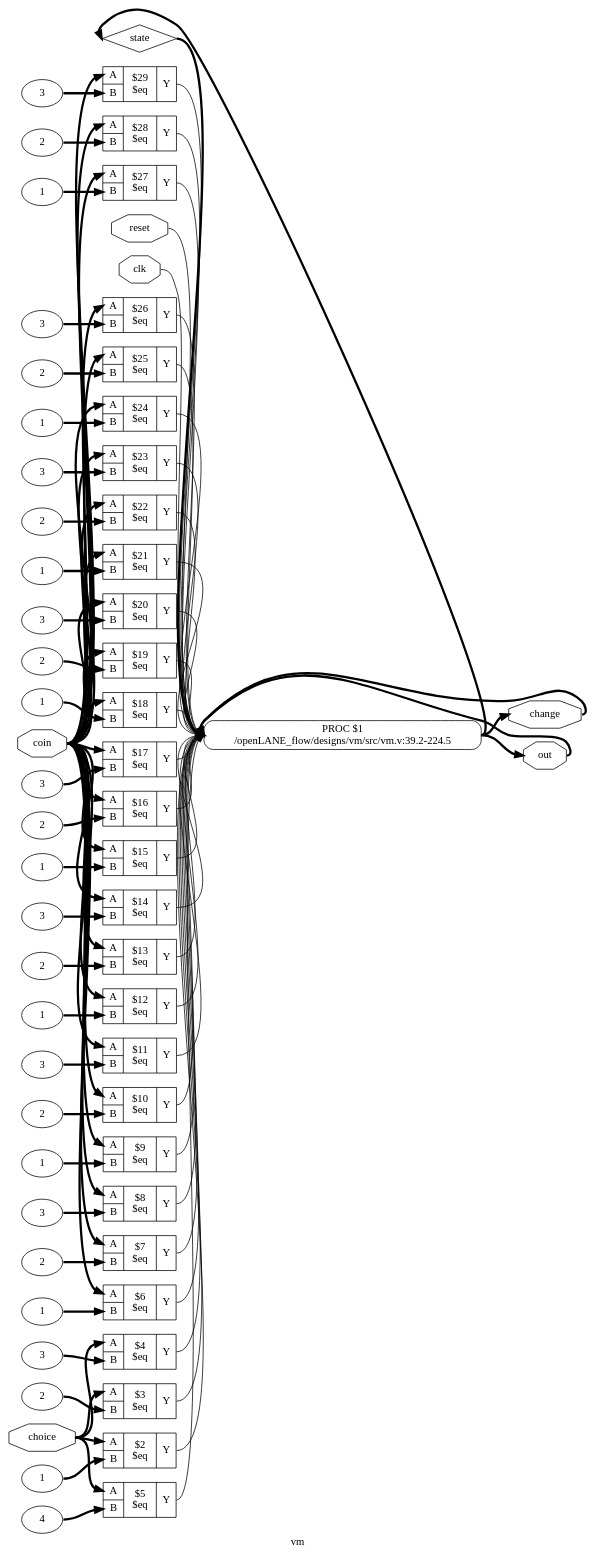
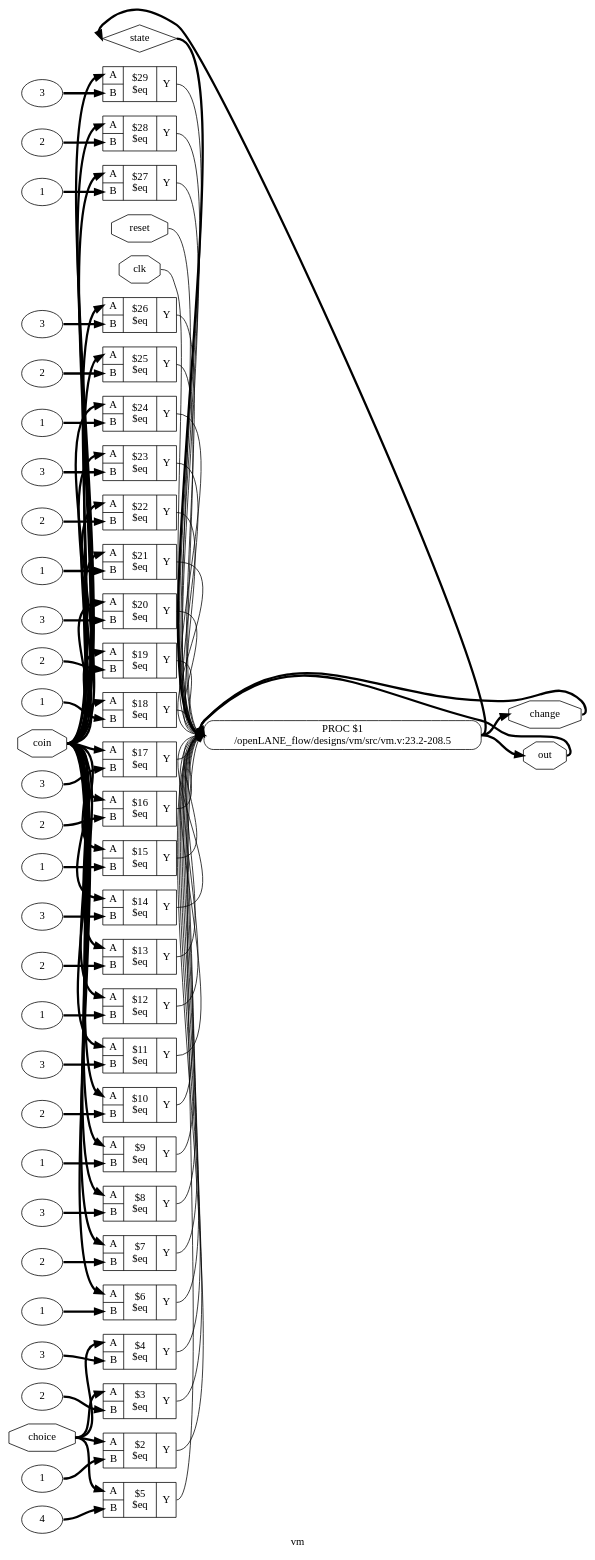
One commit to Harshitha172000/Vending_Machine changed the diagram in tmp/synthesis/hierarchy.dot. Above: the diagram before and after it, drawn with Graphviz. The commit also changed 91 other files, not shown here.

```diff
--- a/tmp/synthesis/hierarchy.dot
+++ b/tmp/synthesis/hierarchy.dot
@@ -1,161 +1,161 @@
 digraph "vm" {
 label="vm";
 rankdir="LR";
 remincross=true;
 n32 [ shape=diamond, label="state", color="black", fontcolor="black" ];
 n33 [ shape=octagon, label="choice", color="black", fontcolor="black" ];
 n34 [ shape=octagon, label="change", color="black", fontcolor="black" ];
 n35 [ shape=octagon, label="out", color="black", fontcolor="black" ];
 n36 [ shape=octagon, label="coin", color="black", fontcolor="black" ];
 n37 [ shape=octagon, label="reset", color="black", fontcolor="black" ];
 n38 [ shape=octagon, label="clk", color="black", fontcolor="black" ];
 v0 [ label="3" ];
 c42 [ shape=record, label="{{<p39> A|<p40> B}|$29\n$eq|{<p41> Y}}" ];
 v1 [ label="2" ];
 c43 [ shape=record, label="{{<p39> A|<p40> B}|$28\n$eq|{<p41> Y}}" ];
 v2 [ label="1" ];
 c44 [ shape=record, label="{{<p39> A|<p40> B}|$27\n$eq|{<p41> Y}}" ];
 v3 [ label="3" ];
 c45 [ shape=record, label="{{<p39> A|<p40> B}|$26\n$eq|{<p41> Y}}" ];
 v4 [ label="2" ];
 c46 [ shape=record, label="{{<p39> A|<p40> B}|$25\n$eq|{<p41> Y}}" ];
 v5 [ label="1" ];
 c47 [ shape=record, label="{{<p39> A|<p40> B}|$24\n$eq|{<p41> Y}}" ];
 v6 [ label="3" ];
 c48 [ shape=record, label="{{<p39> A|<p40> B}|$23\n$eq|{<p41> Y}}" ];
 v7 [ label="2" ];
 c49 [ shape=record, label="{{<p39> A|<p40> B}|$22\n$eq|{<p41> Y}}" ];
 v8 [ label="1" ];
 c50 [ shape=record, label="{{<p39> A|<p40> B}|$21\n$eq|{<p41> Y}}" ];
 v9 [ label="3" ];
 c51 [ shape=record, label="{{<p39> A|<p40> B}|$20\n$eq|{<p41> Y}}" ];
 v10 [ label="2" ];
 c52 [ shape=record, label="{{<p39> A|<p40> B}|$19\n$eq|{<p41> Y}}" ];
 v11 [ label="1" ];
 c53 [ shape=record, label="{{<p39> A|<p40> B}|$18\n$eq|{<p41> Y}}" ];
 v12 [ label="3" ];
 c54 [ shape=record, label="{{<p39> A|<p40> B}|$17\n$eq|{<p41> Y}}" ];
 v13 [ label="2" ];
 c55 [ shape=record, label="{{<p39> A|<p40> B}|$16\n$eq|{<p41> Y}}" ];
 v14 [ label="1" ];
 c56 [ shape=record, label="{{<p39> A|<p40> B}|$15\n$eq|{<p41> Y}}" ];
 v15 [ label="3" ];
 c57 [ shape=record, label="{{<p39> A|<p40> B}|$14\n$eq|{<p41> Y}}" ];
 v16 [ label="2" ];
 c58 [ shape=record, label="{{<p39> A|<p40> B}|$13\n$eq|{<p41> Y}}" ];
 v17 [ label="1" ];
 c59 [ shape=record, label="{{<p39> A|<p40> B}|$12\n$eq|{<p41> Y}}" ];
 v18 [ label="3" ];
 c60 [ shape=record, label="{{<p39> A|<p40> B}|$11\n$eq|{<p41> Y}}" ];
 v19 [ label="2" ];
 c61 [ shape=record, label="{{<p39> A|<p40> B}|$10\n$eq|{<p41> Y}}" ];
 v20 [ label="1" ];
 c62 [ shape=record, label="{{<p39> A|<p40> B}|$9\n$eq|{<p41> Y}}" ];
 v21 [ label="3" ];
 c63 [ shape=record, label="{{<p39> A|<p40> B}|$8\n$eq|{<p41> Y}}" ];
 v22 [ label="2" ];
 c64 [ shape=record, label="{{<p39> A|<p40> B}|$7\n$eq|{<p41> Y}}" ];
 v23 [ label="1" ];
 c65 [ shape=record, label="{{<p39> A|<p40> B}|$6\n$eq|{<p41> Y}}" ];
 v24 [ label="4" ];
 c66 [ shape=record, label="{{<p39> A|<p40> B}|$5\n$eq|{<p41> Y}}" ];
 v25 [ label="3" ];
 c67 [ shape=record, label="{{<p39> A|<p40> B}|$4\n$eq|{<p41> Y}}" ];
 v26 [ label="2" ];
 c68 [ shape=record, label="{{<p39> A|<p40> B}|$3\n$eq|{<p41> Y}}" ];
 v27 [ label="1" ];
 c69 [ shape=record, label="{{<p39> A|<p40> B}|$2\n$eq|{<p41> Y}}" ];
-p28 [shape=box, style=rounded, label="PROC $1\n/openLANE_flow/designs/vm/src/vm.v:39.2-224.5"];
+p28 [shape=box, style=rounded, label="PROC $1\n/openLANE_flow/designs/vm/src/vm.v:23.2-208.5"];
 c42:p41:e -> p28:w [color="black", label=""];
 c51:p41:e -> p28:w [color="black", label=""];
 c52:p41:e -> p28:w [color="black", label=""];
 c53:p41:e -> p28:w [color="black", label=""];
 c54:p41:e -> p28:w [color="black", label=""];
 c55:p41:e -> p28:w [color="black", label=""];
 c56:p41:e -> p28:w [color="black", label=""];
 c57:p41:e -> p28:w [color="black", label=""];
 c58:p41:e -> p28:w [color="black", label=""];
 c59:p41:e -> p28:w [color="black", label=""];
 c60:p41:e -> p28:w [color="black", label=""];
 c43:p41:e -> p28:w [color="black", label=""];
 c61:p41:e -> p28:w [color="black", label=""];
 c62:p41:e -> p28:w [color="black", label=""];
 c63:p41:e -> p28:w [color="black", label=""];
 c64:p41:e -> p28:w [color="black", label=""];
 c65:p41:e -> p28:w [color="black", label=""];
 c66:p41:e -> p28:w [color="black", label=""];
 c67:p41:e -> p28:w [color="black", label=""];
 c68:p41:e -> p28:w [color="black", label=""];
 c69:p41:e -> p28:w [color="black", label=""];
 c44:p41:e -> p28:w [color="black", label=""];
 p28:e -> n32:w [color="black", style="setlinewidth(3)", label=""];
 n32:e -> p28:w [color="black", style="setlinewidth(3)", label=""];
 n33:e -> c66:p39:w [color="black", style="setlinewidth(3)", label=""];
 n33:e -> c67:p39:w [color="black", style="setlinewidth(3)", label=""];
 n33:e -> c68:p39:w [color="black", style="setlinewidth(3)", label=""];
 n33:e -> c69:p39:w [color="black", style="setlinewidth(3)", label=""];
 p28:e -> n34:w [color="black", style="setlinewidth(3)", label=""];
 n34:e -> p28:w [color="black", style="setlinewidth(3)", label=""];
 p28:e -> n35:w [color="black", style="setlinewidth(3)", label=""];
 n35:e -> p28:w [color="black", style="setlinewidth(3)", label=""];
 n36:e -> c42:p39:w [color="black", style="setlinewidth(3)", label=""];
 n36:e -> c43:p39:w [color="black", style="setlinewidth(3)", label=""];
 n36:e -> c44:p39:w [color="black", style="setlinewidth(3)", label=""];
 n36:e -> c45:p39:w [color="black", style="setlinewidth(3)", label=""];
 n36:e -> c46:p39:w [color="black", style="setlinewidth(3)", label=""];
 n36:e -> c47:p39:w [color="black", style="setlinewidth(3)", label=""];
 n36:e -> c48:p39:w [color="black", style="setlinewidth(3)", label=""];
 n36:e -> c49:p39:w [color="black", style="setlinewidth(3)", label=""];
 n36:e -> c50:p39:w [color="black", style="setlinewidth(3)", label=""];
 n36:e -> c51:p39:w [color="black", style="setlinewidth(3)", label=""];
 n36:e -> c52:p39:w [color="black", style="setlinewidth(3)", label=""];
 n36:e -> c53:p39:w [color="black", style="setlinewidth(3)", label=""];
 n36:e -> c54:p39:w [color="black", style="setlinewidth(3)", label=""];
 n36:e -> c55:p39:w [color="black", style="setlinewidth(3)", label=""];
 n36:e -> c56:p39:w [color="black", style="setlinewidth(3)", label=""];
 n36:e -> c57:p39:w [color="black", style="setlinewidth(3)", label=""];
 n36:e -> c58:p39:w [color="black", style="setlinewidth(3)", label=""];
 n36:e -> c59:p39:w [color="black", style="setlinewidth(3)", label=""];
 n36:e -> c60:p39:w [color="black", style="setlinewidth(3)", label=""];
 n36:e -> c61:p39:w [color="black", style="setlinewidth(3)", label=""];
 n36:e -> c62:p39:w [color="black", style="setlinewidth(3)", label=""];
 n36:e -> c63:p39:w [color="black", style="setlinewidth(3)", label=""];
 n36:e -> c64:p39:w [color="black", style="setlinewidth(3)", label=""];
 n36:e -> c65:p39:w [color="black", style="setlinewidth(3)", label=""];
 n37:e -> p28:w [color="black", label=""];
 n38:e -> p28:w [color="black", label=""];
 c45:p41:e -> p28:w [color="black", label=""];
 c46:p41:e -> p28:w [color="black", label=""];
 c47:p41:e -> p28:w [color="black", label=""];
 c48:p41:e -> p28:w [color="black", label=""];
 c49:p41:e -> p28:w [color="black", label=""];
 c50:p41:e -> p28:w [color="black", label=""];
 v0:e -> c42:p40:w [color="black", style="setlinewidth(3)", label=""];
 v1:e -> c43:p40:w [color="black", style="setlinewidth(3)", label=""];
 v10:e -> c52:p40:w [color="black", style="setlinewidth(3)", label=""];
 v11:e -> c53:p40:w [color="black", style="setlinewidth(3)", label=""];
 v12:e -> c54:p40:w [color="black", style="setlinewidth(3)", label=""];
 v13:e -> c55:p40:w [color="black", style="setlinewidth(3)", label=""];
 v14:e -> c56:p40:w [color="black", style="setlinewidth(3)", label=""];
 v15:e -> c57:p40:w [color="black", style="setlinewidth(3)", label=""];
 v16:e -> c58:p40:w [color="black", style="setlinewidth(3)", label=""];
 v17:e -> c59:p40:w [color="black", style="setlinewidth(3)", label=""];
 v18:e -> c60:p40:w [color="black", style="setlinewidth(3)", label=""];
 v19:e -> c61:p40:w [color="black", style="setlinewidth(3)", label=""];
 v2:e -> c44:p40:w [color="black", style="setlinewidth(3)", label=""];
 v20:e -> c62:p40:w [color="black", style="setlinewidth(3)", label=""];
 v21:e -> c63:p40:w [color="black", style="setlinewidth(3)", label=""];
 v22:e -> c64:p40:w [color="black", style="setlinewidth(3)", label=""];
 v23:e -> c65:p40:w [color="black", style="setlinewidth(3)", label=""];
 v24:e -> c66:p40:w [color="black", style="setlinewidth(3)", label=""];
 v25:e -> c67:p40:w [color="black", style="setlinewidth(3)", label=""];
 v26:e -> c68:p40:w [color="black", style="setlinewidth(3)", label=""];
 v27:e -> c69:p40:w [color="black", style="setlinewidth(3)", label=""];
 v3:e -> c45:p40:w [color="black", style="setlinewidth(3)", label=""];
 v4:e -> c46:p40:w [color="black", style="setlinewidth(3)", label=""];
 v5:e -> c47:p40:w [color="black", style="setlinewidth(3)", label=""];
 v6:e -> c48:p40:w [color="black", style="setlinewidth(3)", label=""];
 v7:e -> c49:p40:w [color="black", style="setlinewidth(3)", label=""];
 v8:e -> c50:p40:w [color="black", style="setlinewidth(3)", label=""];
 v9:e -> c51:p40:w [color="black", style="setlinewidth(3)", label=""];
 }
```
